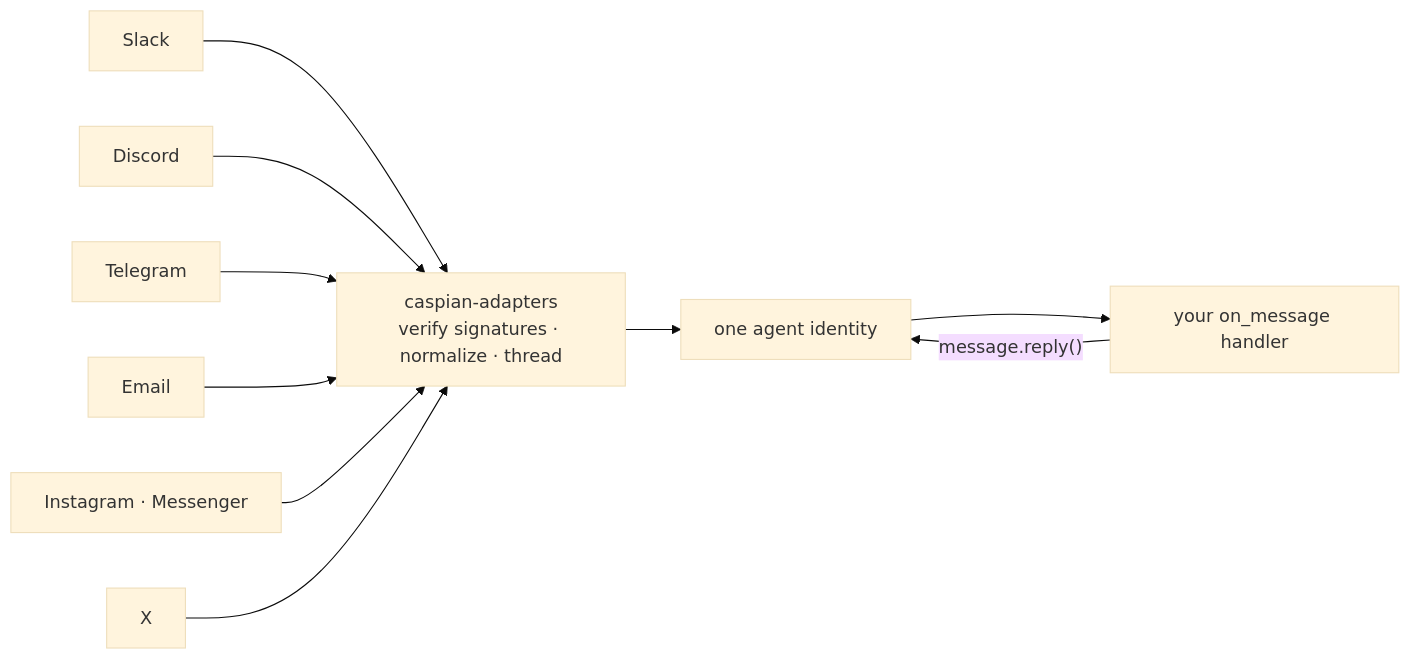
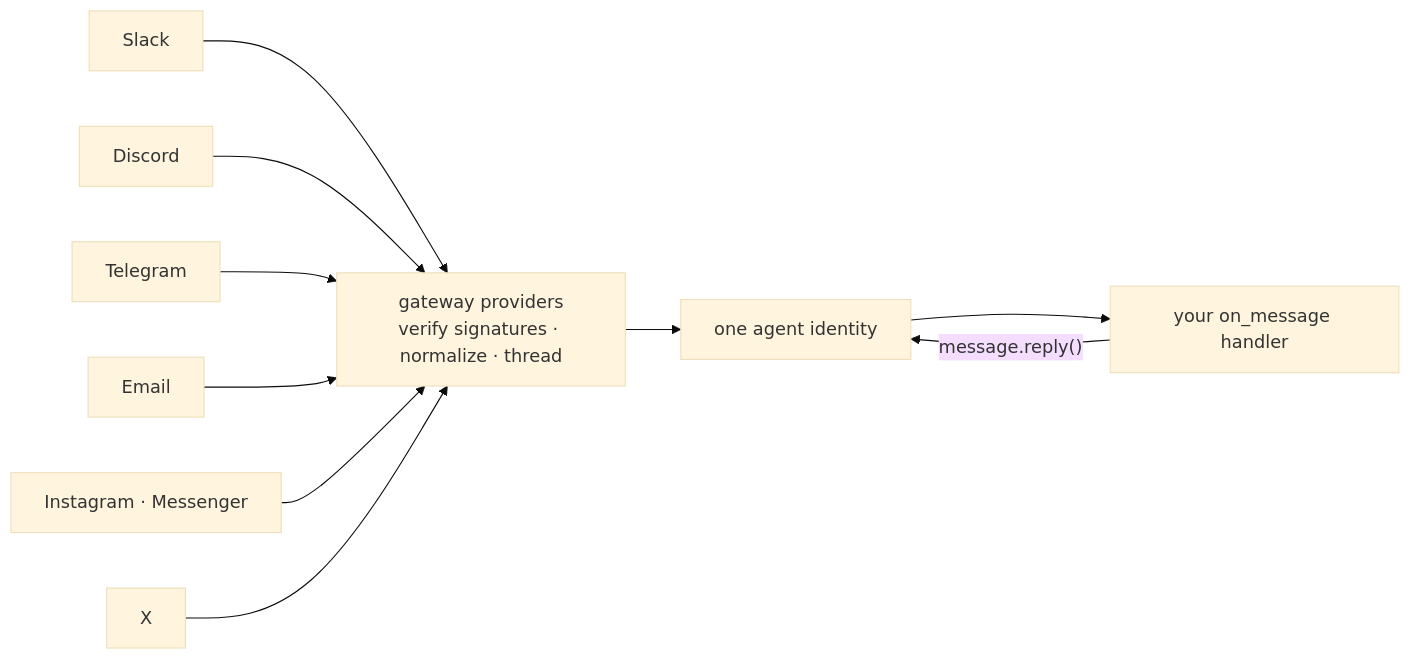
The diagram in README.md (TryCaspian/caspian-sdk), drawn with Mermaid (base theme) before and after one commit. The commit also changed other lines of this file and 155 other files, not shown here.

````diff
--- a/README.md
+++ b/README.md
@@ -173,12 +173,12 @@
 ```mermaid
 flowchart LR
     S[Slack] --> A
     D[Discord] --> A
     T[Telegram] --> A
     E[Email] --> A
     M[Instagram · Messenger] --> A
     X[X] --> A
-    A["caspian-adapters<br/>verify signatures · normalize · thread"] --> I["one agent identity"]
+    A["gateway providers<br/>verify signatures · normalize · thread"] --> I["one agent identity"]
     I --> H["your on_message handler"]
     H -->|"message.reply()"| I
 ```
````
